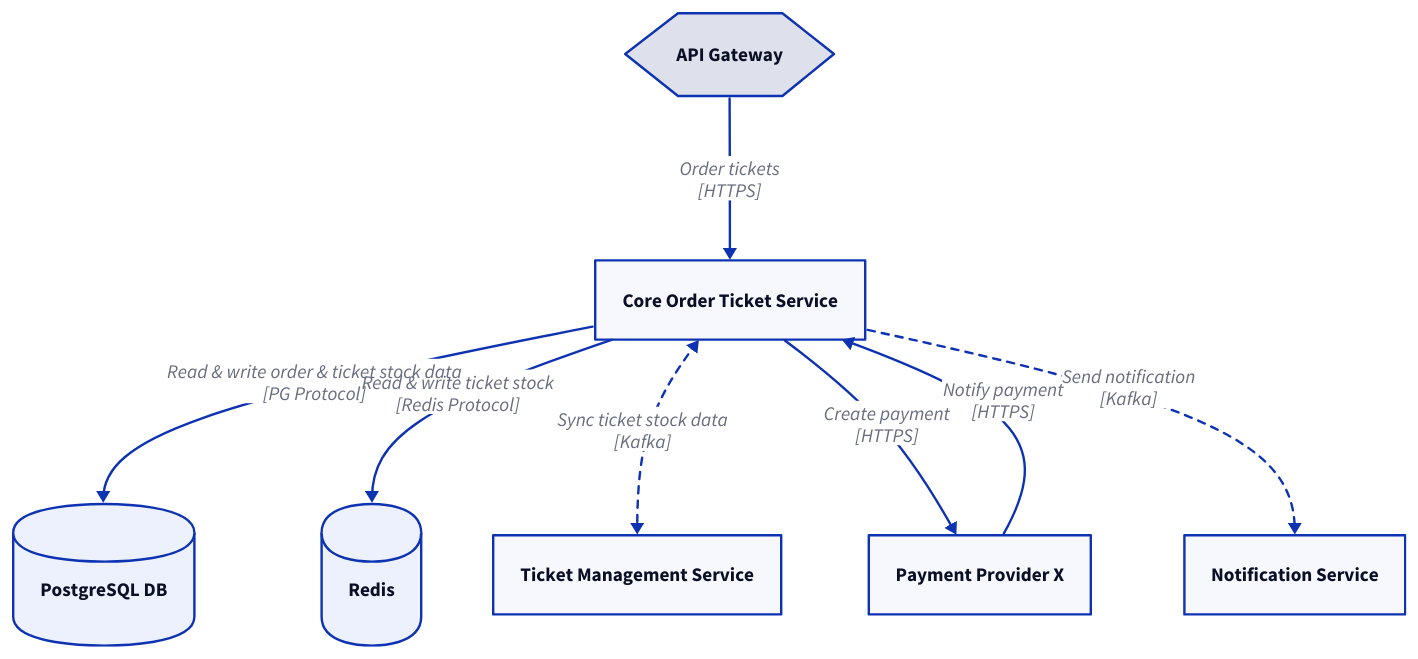
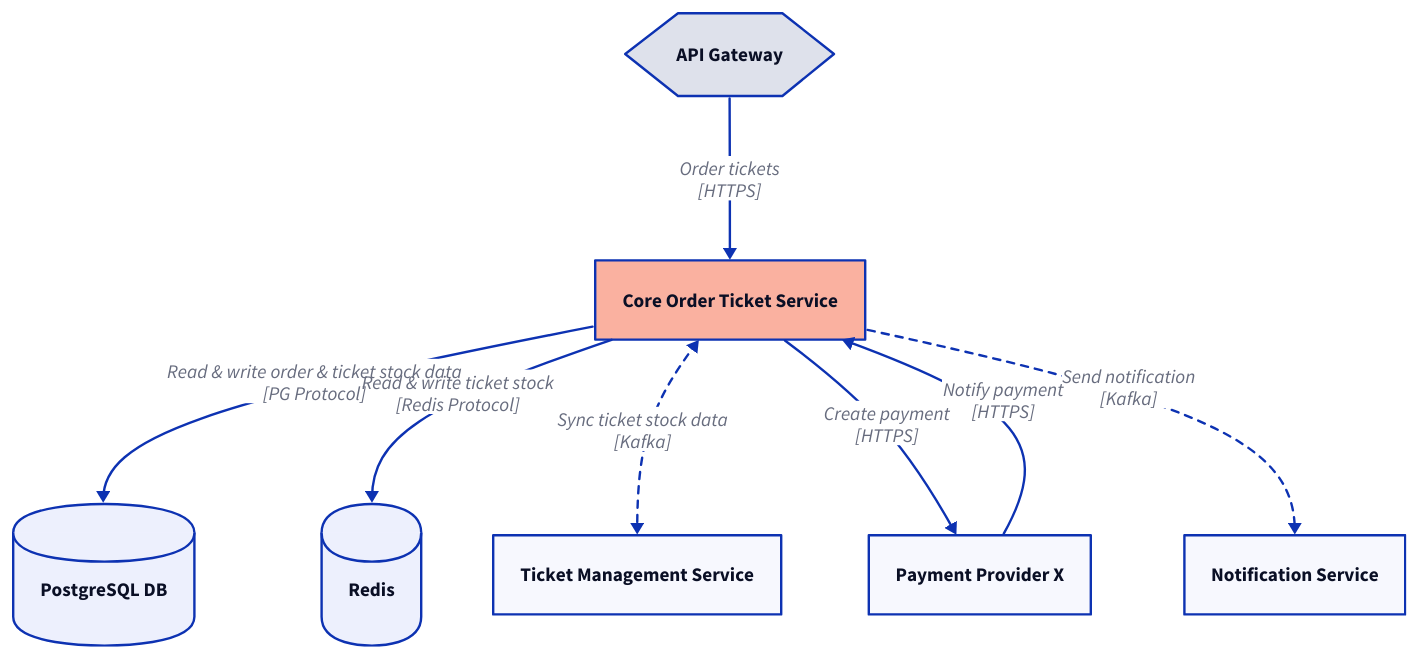
One commit to pramindanata/architecture-katas changed the diagram in kata/ticket-to-serve/asset/core-order-ticket-architecture.d2. Above: the diagram before and after it, drawn with D2. The commit also changed 7 other files, not shown here.

Commit message:
modify some diagrams

```diff
--- a/kata/ticket-to-serve/asset/core-order-ticket-architecture.d2
+++ b/kata/ticket-to-serve/asset/core-order-ticket-architecture.d2
@@ -1,33 +1,36 @@
 gateway: {
   label: API Gateway
   shape: hexagon
 }
 
-coreOrderTicketService: Core Order Ticket Service
+coreOrderTicketService: {
+  label: Core Order Ticket Service
+  style.fill: "#fab1a0"
+}
 ticketManagementService: Ticket Management Service
 notificationService: Notification Service
 paymentProvider: Payment Provider X
 
 database: {
   label: PostgreSQL DB
   shape: cylinder
 }
 
 memoryStore: {
   label: Redis
   shape: cylinder
 }
 
 gateway -> coreOrderTicketService: "Order tickets\n[HTTPS]"
 coreOrderTicketService -> database: "Read & write order & ticket stock data\n[PG Protocol]"
 coreOrderTicketService -> memoryStore: "Read & write ticket stock\n[Redis Protocol]"
 coreOrderTicketService <-> ticketManagementService: {
   label: "Sync ticket stock data\n[Kafka]"
   style.stroke-dash: 3
 }
 coreOrderTicketService -> paymentProvider: "Create payment\n[HTTPS]"
 paymentProvider -> coreOrderTicketService: "Notify payment\n[HTTPS]"
 coreOrderTicketService -> notificationService: {
   label: "Send notification\n[Kafka]"
   style.stroke-dash: 3
 }
```
